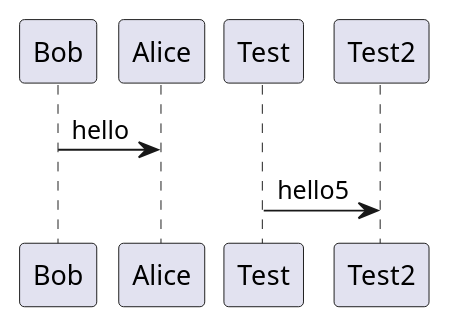
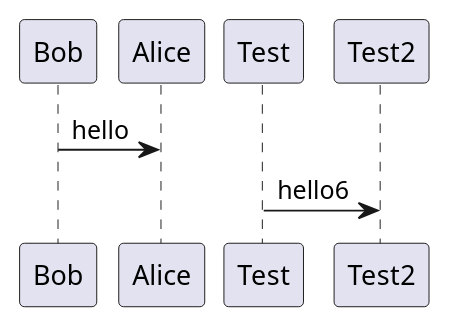
Before and after one commit to falarcond/plantuml: the diagram in diagrams/first.puml, drawn with PlantUML.

```diff
--- a/diagrams/first.puml
+++ b/diagrams/first.puml
@@ -1,4 +1,4 @@
 @startuml
 Bob -> Alice : hello
-Test -> Test2 : hello5
+Test -> Test2 : hello6
 @enduml
```
